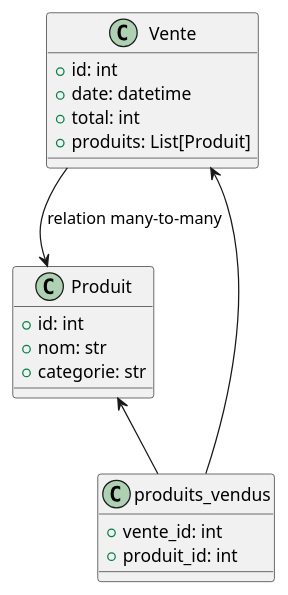
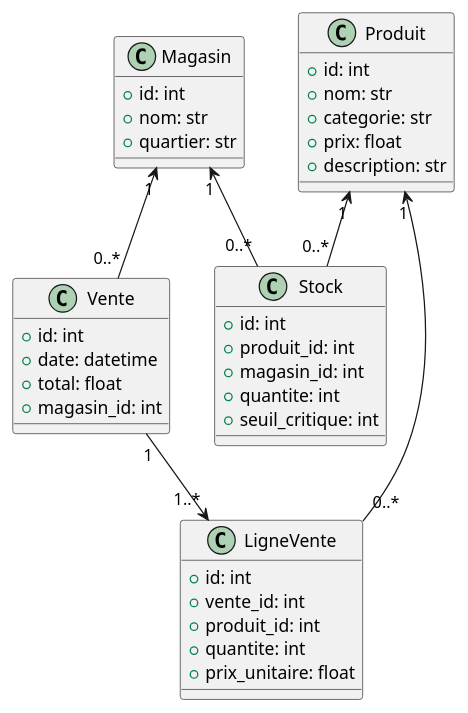
The diagram in docs/UML/classes.puml (nathanlamy/LOG430-LABO-2), drawn with PlantUML before and after one commit. The commit also changed 40 other files, not shown here.

```diff
--- a/docs/UML/classes.puml
+++ b/docs/UML/classes.puml
@@ -1,25 +1,47 @@
 @startuml Vue_logique
+
+class Magasin {
+  +id: int
+  +nom: str
+  +quartier: str
+}
 
 class Produit {
   +id: int
   +nom: str
   +categorie: str
+  +prix: float
+  +description: str
+}
+
+class Stock {
+  +id: int
+  +produit_id: int
+  +magasin_id: int
+  +quantite: int
+  +seuil_critique: int
 }
 
 class Vente {
   +id: int
   +date: datetime
-  +total: int
-  +produits: List[Produit]
+  +total: float
+  +magasin_id: int
 }
 
-class produits_vendus {
+class LigneVente {
+  +id: int
   +vente_id: int
   +produit_id: int
+  +quantite: int
+  +prix_unitaire: float
 }
 
-Produit <-- produits_vendus
-Vente <-- produits_vendus
-Vente --> Produit : relation many-to-many
+Magasin "1" <-- "0..*" Stock
+Produit "1" <-- "0..*" Stock
+
+Magasin "1" <-- "0..*" Vente
+Vente "1" --> "1..*" LigneVente
+Produit "1" <-- "0..*" LigneVente
 
 @enduml
```
